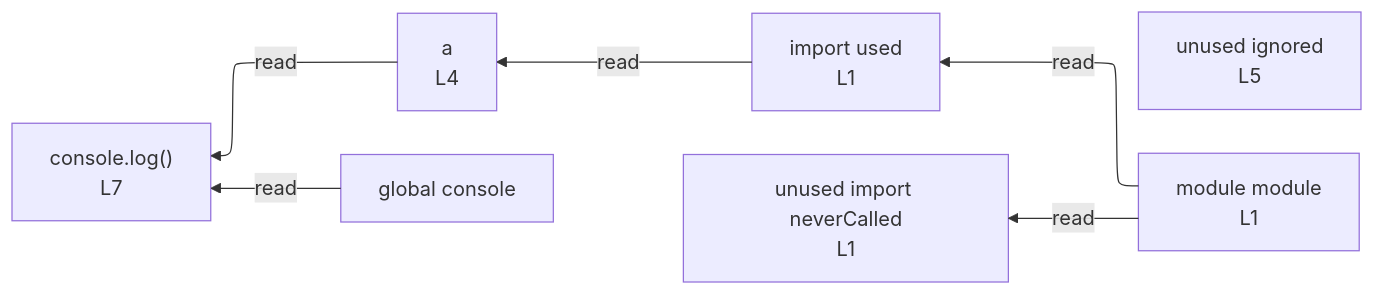
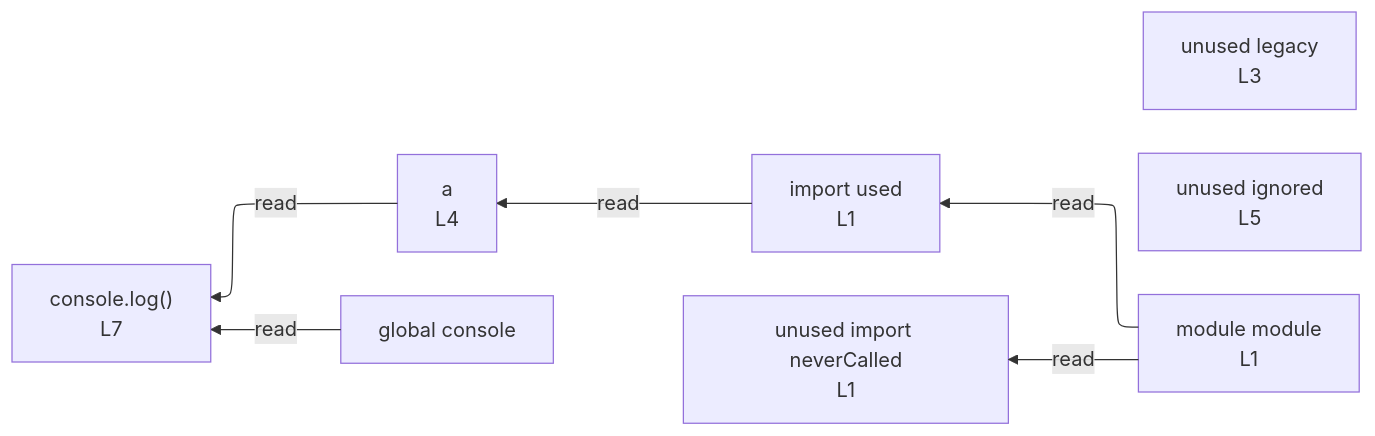
The diagram in integration/fixtures/declaration/mixed/with-unused/preview.md (crescware/unsnarl), drawn with Mermaid before and after one commit. The commit also changed other lines of this file and 38 other files, not shown here.

First line of the commit message:
Capture var declarations in IR while keeping them out of graph edges

````diff
--- a/integration/fixtures/declaration/mixed/with-unused/preview.md
+++ b/integration/fixtures/declaration/mixed/with-unused/preview.md
@@ -17,16 +23,17 @@
 ```mermaid
 %%{init: {"flowchart": {"defaultRenderer": "elk"}}}%%
 flowchart RL
   n_scope_0_used_9["import used<br/>L1"]
   n_scope_0_neverCalled_15["unused import neverCalled<br/>L1"]
+  n_scope_0_legacy_49["unused legacy<br/>L3"]
   n_scope_0_a_67["a<br/>L4"]
   n_scope_0_ignored_83["unused ignored<br/>L5"]
   n_scope_0_console_98["global console"]
   n_scope_0_used_9 -->|read| n_scope_0_a_67
   n_scope_0_console_98 -->|read| expr_stmt_98
   n_scope_0_a_67 -->|read| expr_stmt_98
   expr_stmt_98["console.log()<br/>L7"]
   mod_module["module module<br/>L1"]
   mod_module -->|read| n_scope_0_used_9
   mod_module -->|read| n_scope_0_neverCalled_15
 ```
````
